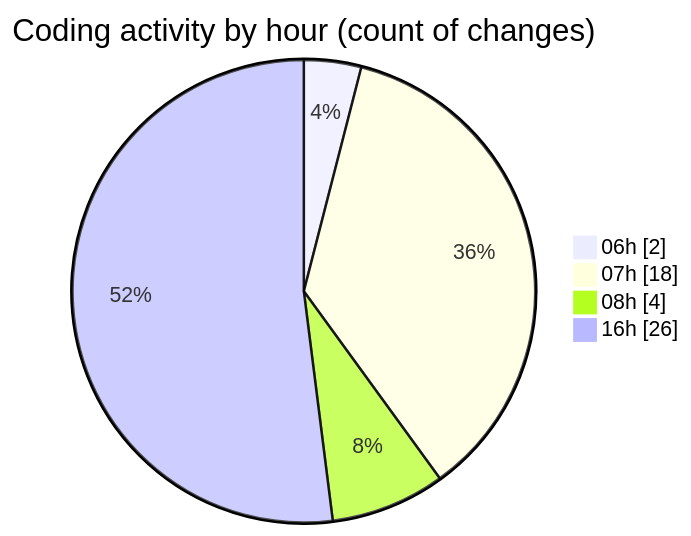
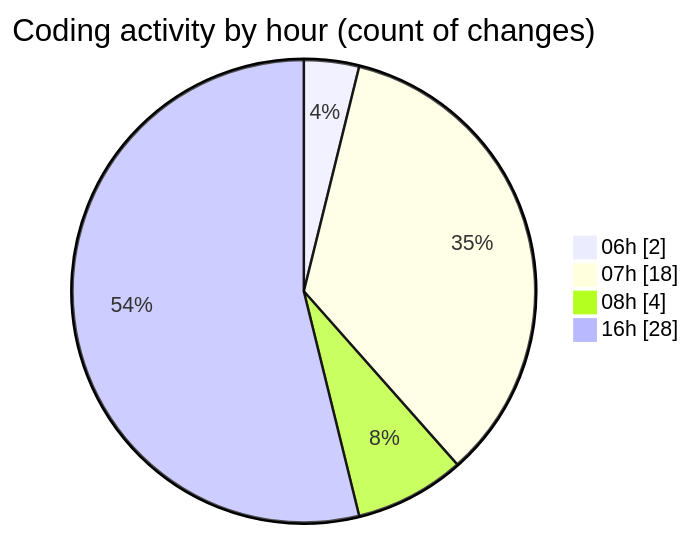
The second of 2 diagrams in 2025-01-27/termonied-web/README.md (robertbonfada/code-tracking), drawn with Mermaid before and after one commit. The commit also changed other lines of this file and 1 other file, not shown here.

````diff
--- a/2025-01-27/termonied-web/README.md
+++ b/2025-01-27/termonied-web/README.md
@@ -35,8 +35,8 @@
 ```mermaid
 pie showData
 title Coding activity by hour (count of changes)
 "06h" : 2
 "07h" : 18
 "08h" : 4
-"16h" : 26
+"16h" : 28
 ```
````
